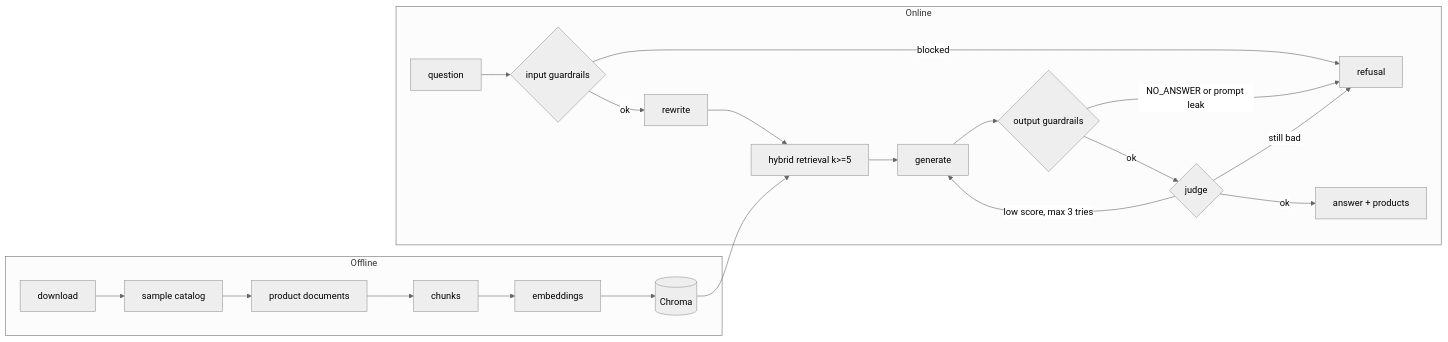
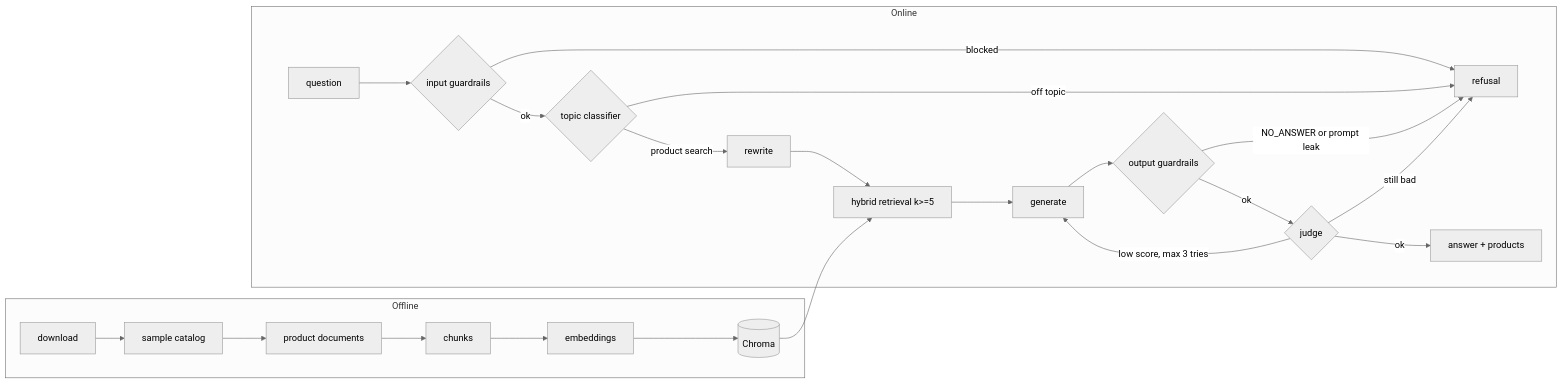
Before and after one commit to fsystemweb/rag-ecommerce: the diagram in docs/architecture.md, drawn with Mermaid (neutral theme). The commit also changed other lines of this file and 7 other files, not shown here.

Commit message:
Add LLM topic classifier as an input guardrail (#33)

````diff
--- a/docs/architecture.md
+++ b/docs/architecture.md
@@ -3,17 +3,19 @@
 ```mermaid
 flowchart LR
   subgraph Offline
     A[download] --> B[sample catalog] --> C[product documents] --> D[chunks] --> E[embeddings] --> F[(Chroma)]
   end
   subgraph Online
     Q[question] --> IG{input guardrails}
     IG -- blocked --> REF[refusal]
-    IG -- ok --> R[rewrite] --> H[hybrid retrieval k>=5] --> G[generate] --> OG{output guardrails}
+    IG -- ok --> TC{topic classifier}
+    TC -- off topic --> REF
+    TC -- product search --> R[rewrite] --> H[hybrid retrieval k>=5] --> G[generate] --> OG{output guardrails}
     OG -- NO_ANSWER or prompt leak --> REF
     OG -- ok --> J{judge}
     J -- ok --> ANS[answer + products]
     J -- low score, max 3 tries --> G
     J -- still bad --> REF
   end
   F --> H
 ```
````
